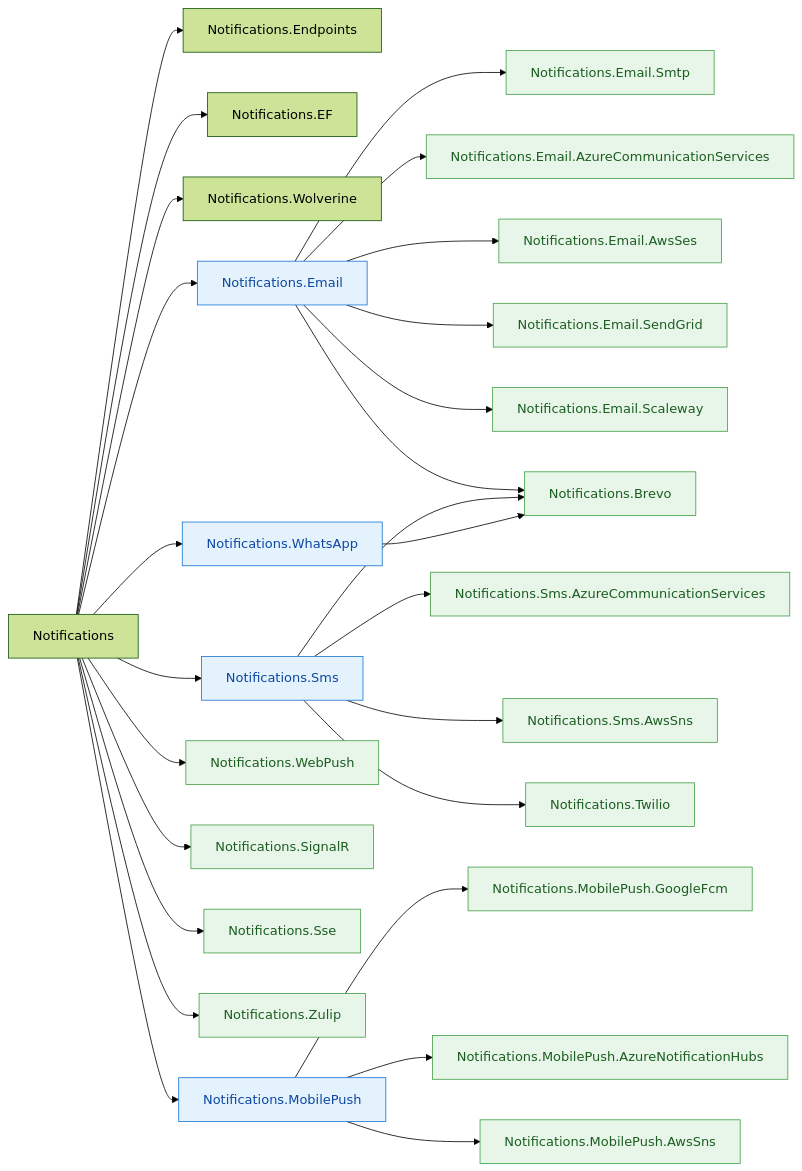
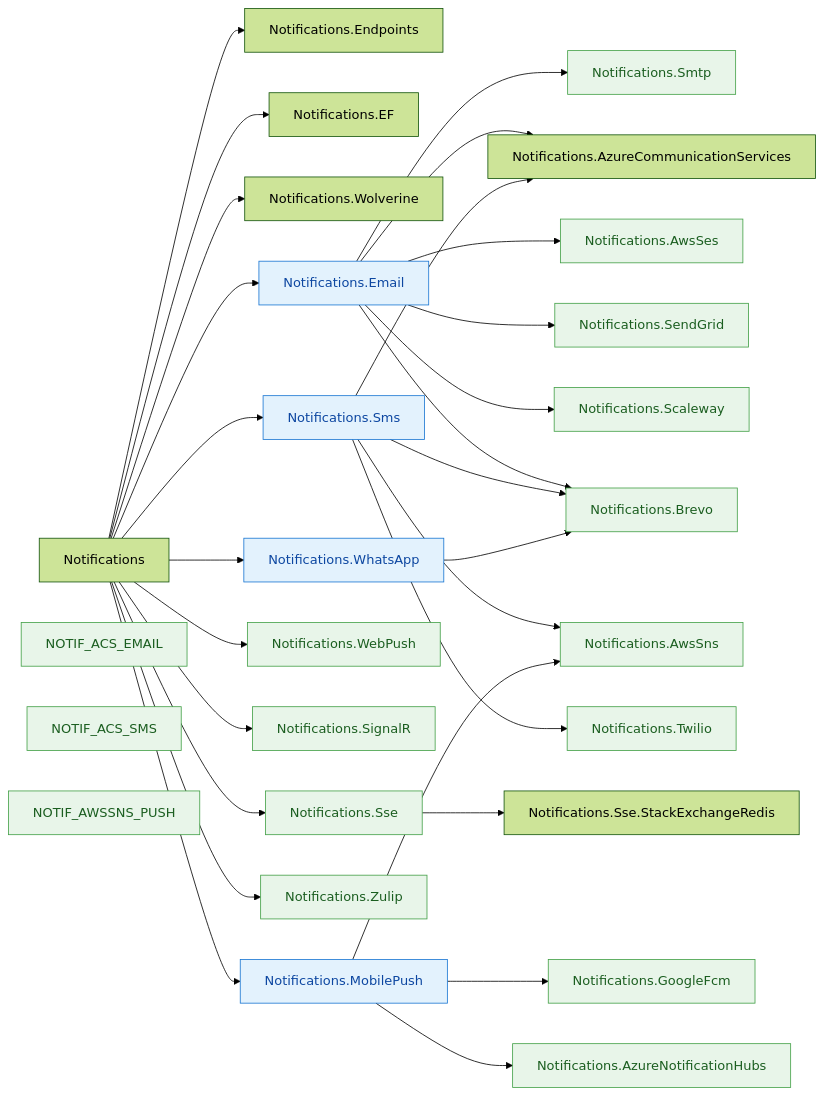
One commit to granit-fx/granit-docs changed the third of 6 diagrams in src/content/docs/dotnet/architecture/dependency-graph.md. Above: the diagram before and after it, drawn with Mermaid (forest theme). The commit also changed other lines of this file and 21 other files, not shown here.

First line of the commit message:
docs(notifications): package renames/merges, new packages, FCM OAuth2, SSE backplane, WhatsApp language cascade

````diff
--- a/src/content/docs/dotnet/architecture/dependency-graph.md
+++ b/src/content/docs/dotnet/architecture/dependency-graph.md
@@ -433,55 +433,57 @@
 ```mermaid
 flowchart LR
     NOTIF["Notifications"] --> NOTIF_EP["Notifications.Endpoints"]
     NOTIF --> NOTIF_EF["Notifications.EF"]
     NOTIF --> NOTIF_WOL["Notifications.Wolverine"]
 
     NOTIF --> NOTIF_EMAIL["Notifications.Email"]
-    NOTIF_EMAIL --> NOTIF_SMTP["Notifications.Email.Smtp"]
-    NOTIF_EMAIL --> NOTIF_ACS_EMAIL["Notifications.Email.AzureCommunicationServices"]
-    NOTIF_EMAIL --> NOTIF_AWSSES["Notifications.Email.AwsSes"]
-    NOTIF_EMAIL --> NOTIF_SENDGRID["Notifications.Email.SendGrid"]
-    NOTIF_EMAIL --> NOTIF_SCALEWAY["Notifications.Email.Scaleway"]
+    NOTIF_EMAIL --> NOTIF_SMTP["Notifications.Smtp"]
+    NOTIF_EMAIL --> NOTIF_ACS["Notifications.AzureCommunicationServices"]
+    NOTIF_EMAIL --> NOTIF_AWSSES["Notifications.AwsSes"]
+    NOTIF_EMAIL --> NOTIF_SENDGRID["Notifications.SendGrid"]
+    NOTIF_EMAIL --> NOTIF_SCALEWAY["Notifications.Scaleway"]
 
     NOTIF --> NOTIF_SMS["Notifications.Sms"]
-    NOTIF_SMS --> NOTIF_ACS_SMS["Notifications.Sms.AzureCommunicationServices"]
-    NOTIF_SMS --> NOTIF_AWSSNS["Notifications.Sms.AwsSns"]
+    NOTIF_SMS --> NOTIF_ACS
+    NOTIF_SMS --> NOTIF_AWSSNS["Notifications.AwsSns"]
     NOTIF_SMS --> NOTIF_TWILIO["Notifications.Twilio"]
 
     NOTIF --> NOTIF_WA["Notifications.WhatsApp"]
     NOTIF --> NOTIF_PUSH["Notifications.WebPush"]
     NOTIF --> NOTIF_SR["Notifications.SignalR"]
     NOTIF --> NOTIF_SSE["Notifications.Sse"]
     NOTIF --> NOTIF_ZULIP["Notifications.Zulip"]
 
     NOTIF_EMAIL --> NOTIF_BREVO["Notifications.Brevo"]
     NOTIF_SMS --> NOTIF_BREVO
     NOTIF_WA --> NOTIF_BREVO
 
     NOTIF --> NOTIF_MP["Notifications.MobilePush"]
-    NOTIF_MP --> NOTIF_FCM["Notifications.MobilePush.GoogleFcm"]
-    NOTIF_MP --> NOTIF_ANH["Notifications.MobilePush.AzureNotificationHubs"]
-    NOTIF_MP --> NOTIF_AWSSNS_PUSH["Notifications.MobilePush.AwsSns"]
+    NOTIF_MP --> NOTIF_FCM["Notifications.GoogleFcm"]
+    NOTIF_MP --> NOTIF_ANH["Notifications.AzureNotificationHubs"]
+    NOTIF_MP --> NOTIF_AWSSNS
+
+    NOTIF_SSE --> NOTIF_SSE_REDIS["Notifications.Sse.StackExchangeRedis"]
 
     style NOTIF_EMAIL fill:#e3f2fd,stroke:#1976d2,color:#0d47a1
     style NOTIF_SMS fill:#e3f2fd,stroke:#1976d2,color:#0d47a1
     style NOTIF_WA fill:#e3f2fd,stroke:#1976d2,color:#0d47a1
     style NOTIF_MP fill:#e3f2fd,stroke:#1976d2,color:#0d47a1
 
     style NOTIF_SMTP fill:#e8f5e9,stroke:#43a047,color:#1b5e20
     style NOTIF_ACS_EMAIL fill:#e8f5e9,stroke:#43a047,color:#1b5e20
     style NOTIF_AWSSES fill:#e8f5e9,stroke:#43a047,color:#1b5e20
     style NOTIF_SENDGRID fill:#e8f5e9,stroke:#43a047,color:#1b5e20
     style NOTIF_SCALEWAY fill:#e8f5e9,stroke:#43a047,color:#1b5e20
     style NOTIF_ACS_SMS fill:#e8f5e9,stroke:#43a047,color:#1b5e20
     style NOTIF_AWSSNS fill:#e8f5e9,stroke:#43a047,color:#1b5e20
     style NOTIF_TWILIO fill:#e8f5e9,stroke:#43a047,color:#1b5e20
     style NOTIF_BREVO fill:#e8f5e9,stroke:#43a047,color:#1b5e20
     style NOTIF_SR fill:#e8f5e9,stroke:#43a047,color:#1b5e20
     style NOTIF_SSE fill:#e8f5e9,stroke:#43a047,color:#1b5e20
     style NOTIF_ZULIP fill:#e8f5e9,stroke:#43a047,color:#1b5e20
     style NOTIF_PUSH fill:#e8f5e9,stroke:#43a047,color:#1b5e20
     style NOTIF_FCM fill:#e8f5e9,stroke:#43a047,color:#1b5e20
     style NOTIF_ANH fill:#e8f5e9,stroke:#43a047,color:#1b5e20
     style NOTIF_AWSSNS_PUSH fill:#e8f5e9,stroke:#43a047,color:#1b5e20
 ```
````
